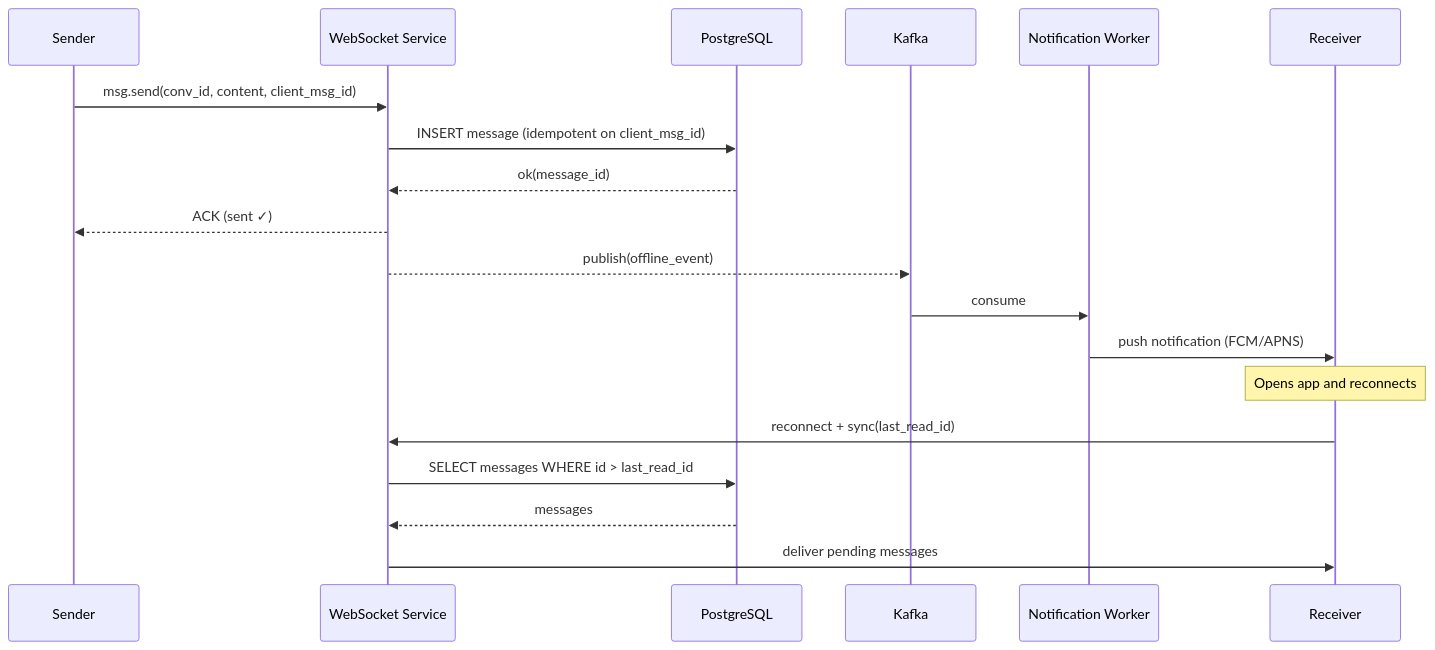
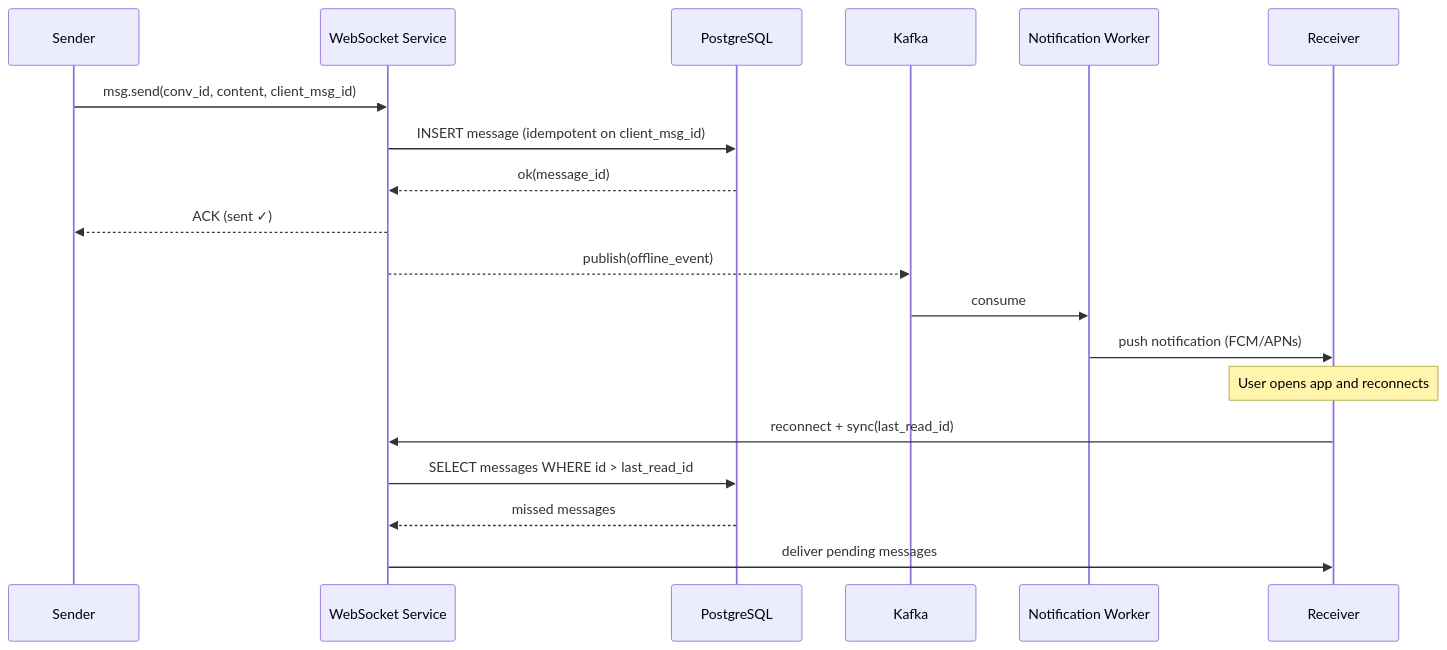
Before and after one commit to VenkataAnilKumar/System-Design-Case-Studies: the second of 5 diagrams in case-studies/01-real-time-chat-application/02-architecture.md, drawn with Mermaid. The commit also changed other lines of this file and 4 other files, not shown here.

````diff
--- a/case-studies/01-real-time-chat-application/02-architecture.md
+++ b/case-studies/01-real-time-chat-application/02-architecture.md
@@ -86,21 +135,22 @@
 ```mermaid
 sequenceDiagram
     participant S as Sender
     participant WS as WebSocket Service
     participant DB as PostgreSQL
     participant K as Kafka
     participant W as Notification Worker
     participant R as Receiver
+
     S->>WS: msg.send(conv_id, content, client_msg_id)
     WS->>DB: INSERT message (idempotent on client_msg_id)
     DB-->>WS: ok(message_id)
     WS-->>S: ACK (sent ✓)
     WS-->>K: publish(offline_event)
     K->>W: consume
-    W->>R: push notification (FCM/APNS)
-    Note over R: Opens app and reconnects
+    W->>R: push notification (FCM/APNs)
+    Note over R: User opens app and reconnects
     R->>WS: reconnect + sync(last_read_id)
     WS->>DB: SELECT messages WHERE id > last_read_id
-    DB-->>WS: messages
+    DB-->>WS: missed messages
     WS->>R: deliver pending messages
 ```
````
